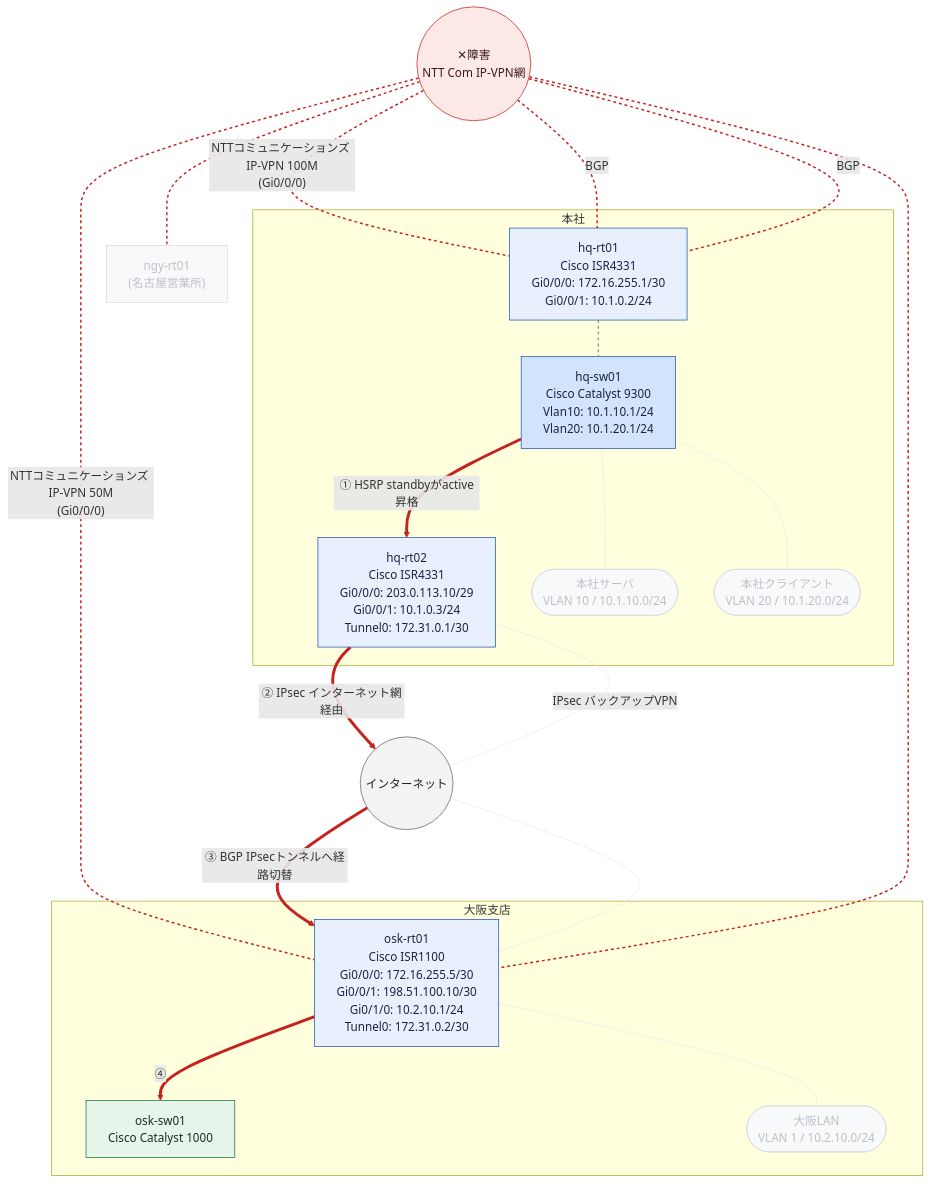
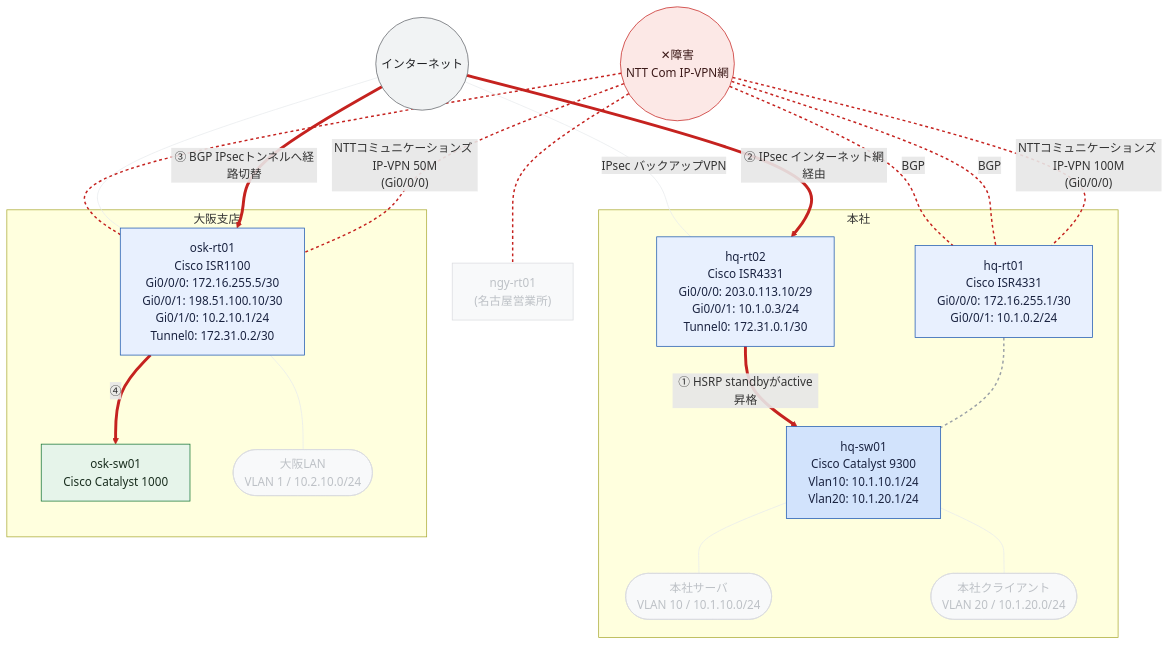
One commit to thinas1115/nwdsl changed the diagram in examples/sample-corp/generated/path-ipvpn-fail.mmd. Above: the diagram before and after it, drawn with Mermaid. The commit also changed 21 other files, not shown here.

First line of the commit message:
経路図の矢印反転がレイアウトの階層を壊す問題を修正

```diff
--- a/examples/sample-corp/generated/path-ipvpn-fail.mmd
+++ b/examples/sample-corp/generated/path-ipvpn-fail.mmd
@@ -1,54 +1,54 @@
 flowchart TB
   subgraph sg_hq["本社"]
     hq_rt01["hq-rt01<br>Cisco ISR4331<br>Gi0/0/0: 172.16.255.1/30<br>Gi0/0/1: 10.1.0.2/24"]
     hq_sw01["hq-sw01<br>Cisco Catalyst 9300<br>Vlan10: 10.1.10.1/24<br>Vlan20: 10.1.20.1/24"]
     hq_rt02["hq-rt02<br>Cisco ISR4331<br>Gi0/0/0: 203.0.113.10/29<br>Gi0/0/1: 10.1.0.3/24<br>Tunnel0: 172.31.0.1/30"]
     seg__hq_server(["本社サーバ<br>VLAN 10 / 10.1.10.0/24"])
     seg__hq_client(["本社クライアント<br>VLAN 20 / 10.1.20.0/24"])
   end
   subgraph sg_osk["大阪支店"]
     osk_rt01["osk-rt01<br>Cisco ISR1100<br>Gi0/0/0: 172.16.255.5/30<br>Gi0/0/1: 198.51.100.10/30<br>Gi0/1/0: 10.2.10.1/24<br>Tunnel0: 172.31.0.2/30"]
     osk_sw01["osk-sw01<br>Cisco Catalyst 1000"]
     seg__osk_lan(["大阪LAN<br>VLAN 1 / 10.2.10.0/24"])
   end
   ipvpn(("✕障害<br>NTT Com IP-VPN網"))
   internet(("インターネット"))
   ngy_rt01["ngy-rt01<br>(名古屋営業所)"]
   hq_rt01 --- hq_sw01
-  hq_sw01 -->|"① HSRP standbyがactive昇格"| hq_rt02
+  hq_rt02 -->|"① HSRP standbyがactive昇格"| hq_sw01
   osk_rt01 -->|"④"| osk_sw01
   ipvpn ---|"NTTコミュニケーションズ IP-VPN 100M<br>(Gi0/0/0)"| hq_rt01
   ipvpn ---|"NTTコミュニケーションズ IP-VPN 50M<br>(Gi0/0/0)"| osk_rt01
-  hq_rt02 -->|"② IPsec インターネット網経由"| internet
+  internet -->|"② IPsec インターネット網経由"| hq_rt02
   internet -->|"③ BGP IPsecトンネルへ経路切替"| osk_rt01
   internet ---|"IPsec バックアップVPN"| hq_rt02
   internet --- osk_rt01
   ipvpn ---|"BGP"| hq_rt01
   ipvpn --- osk_rt01
   ipvpn ---|"BGP"| hq_rt01
   ipvpn --- ngy_rt01
   hq_sw01 --- seg__hq_server
   hq_sw01 --- seg__hq_client
   osk_rt01 --- seg__osk_lan
 
   classDef node_dim fill:#f8f9fa,stroke:#dadce0,color:#bdc1c6
   classDef node_failed fill:#fce8e6,stroke:#c5221f,color:#3c1a19
   classDef role_router fill:#e8f0fe,stroke:#1a56b0,color:#1a2340
   classDef role_l3switch fill:#d2e3fc,stroke:#1a56b0,color:#1a2340
   classDef role_l2switch fill:#e6f4ea,stroke:#137333,color:#1a2e1f
   classDef role_firewall fill:#fce8e6,stroke:#c5221f,color:#3c1a19
   classDef role_other fill:#f1f3f4,stroke:#5f6368,color:#202124
   classDef node_cloud fill:#f1f3f4,stroke:#5f6368,color:#202124
   classDef node_site fill:#fff8e1,stroke:#b58105,color:#4a3a08
   classDef node_segment fill:#e2f5f0,stroke:#0f766e,color:#0b3d38
   classDef node_external fill:#ffffff,stroke:#9aa0a6,stroke-dasharray:3 3,color:#5f6368
   class hq_rt01,hq_rt02,osk_rt01 role_router
   class hq_sw01 role_l3switch
   class osk_sw01 role_l2switch
   class ipvpn node_failed
   class internet node_cloud
   class ngy_rt01,seg__hq_server,seg__hq_client,seg__osk_lan node_dim
   linkStyle 0 stroke:#9aa0a6,stroke-width:2px,stroke-dasharray:4 4
   linkStyle 1,2,5,6 stroke:#c5221f,stroke-width:4px
   linkStyle 3,4,9,10,11,12 stroke:#c5221f,stroke-width:2px,stroke-dasharray:4 4
   linkStyle 7,8,13,14,15 stroke:#e8eaed,stroke-width:1px
```
